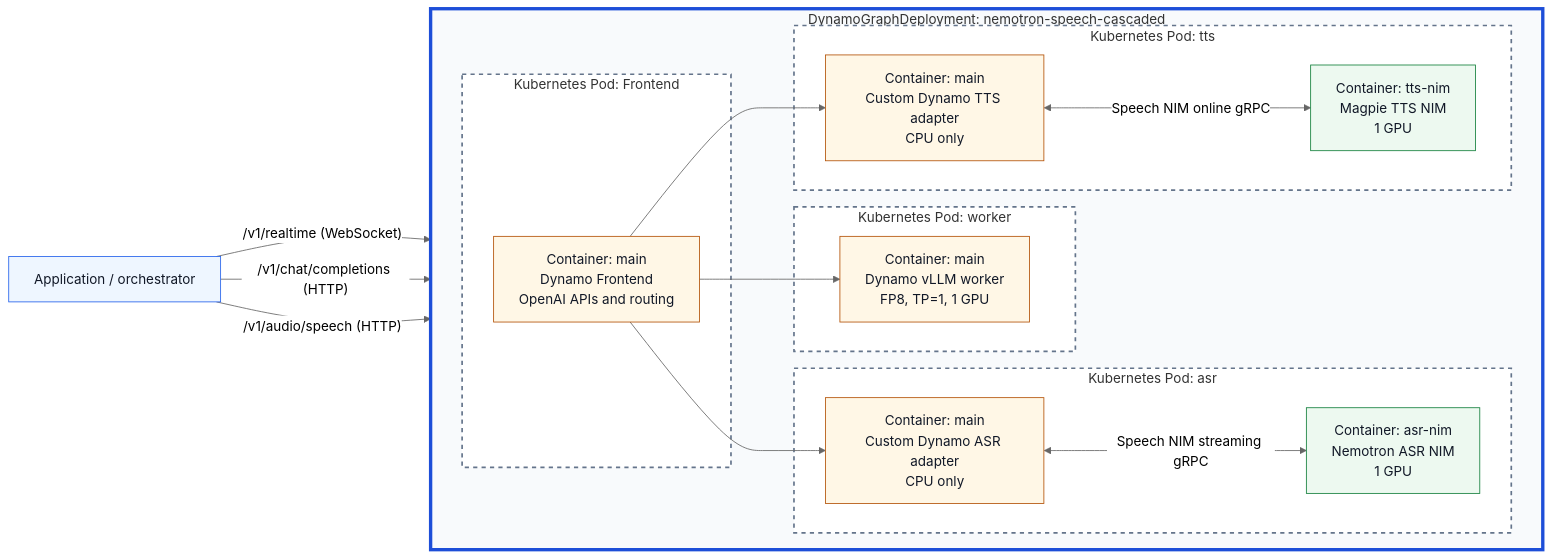
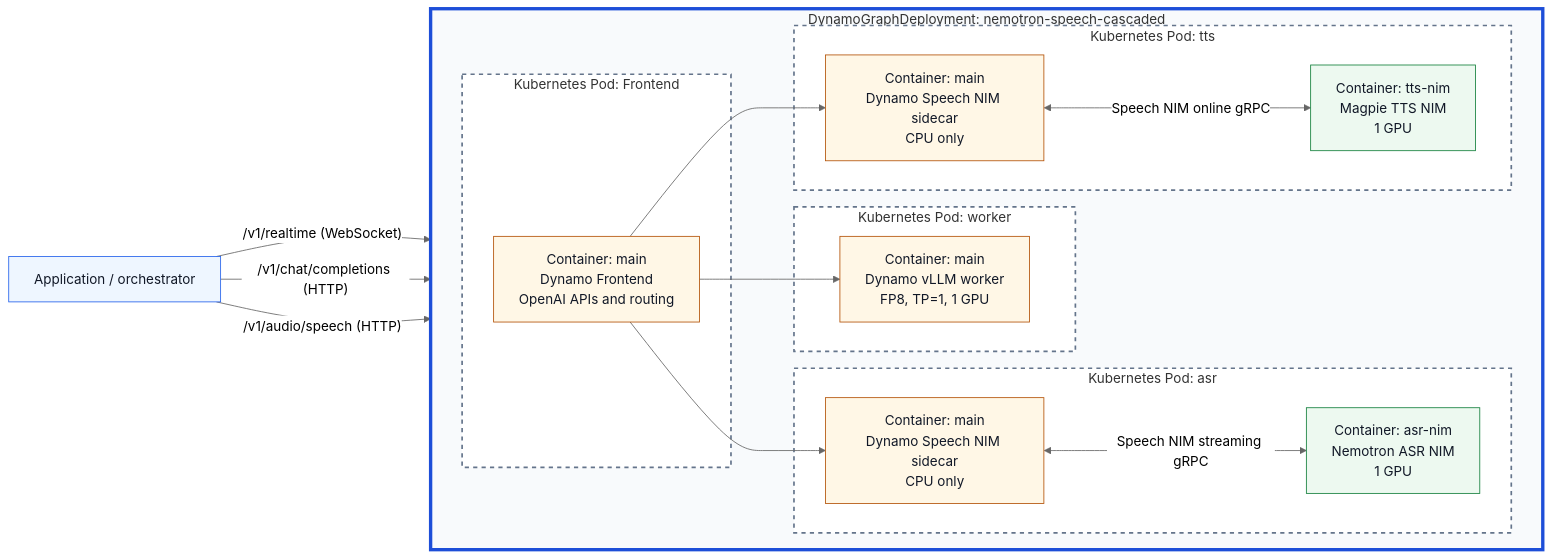
Before and after one commit to ai-dynamo/dynamo: the diagram in examples/nemotron_speech_cascaded_pipeline/README.md, drawn with Mermaid (neutral theme). The commit also changed other lines of this file and 29 other files, not shown here.

Commit message:
refactor(examples): use Speech NIM sidecar naming

````diff
--- a/examples/nemotron_speech_cascaded_pipeline/README.md
+++ b/examples/nemotron_speech_cascaded_pipeline/README.md
@@ -32,50 +34,50 @@
 ```mermaid
 flowchart LR
     Client["Application / orchestrator"]
 
     subgraph DGD["DynamoGraphDeployment: nemotron-speech-cascaded"]
         direction LR
 
         subgraph FrontendPod["Kubernetes Pod: Frontend"]
             Frontend["Container: main<br/>Dynamo Frontend<br/>OpenAI APIs and routing"]
         end
 
         subgraph ASRPod["Kubernetes Pod: asr"]
-            ASRWorker["Container: main<br/>Custom Dynamo ASR adapter<br/>CPU only"]
+            ASRSidecar["Container: main<br/>Dynamo Speech NIM sidecar<br/>CPU only"]
             ASR["Container: asr-nim<br/>Nemotron ASR NIM<br/>1 GPU"]
         end
 
         subgraph LLMPod["Kubernetes Pod: worker"]
             LLMWorker["Container: main<br/>Dynamo vLLM worker<br/>FP8, TP=1, 1 GPU"]
         end
 
         subgraph TTSPod["Kubernetes Pod: tts"]
-            TTSWorker["Container: main<br/>Custom Dynamo TTS adapter<br/>CPU only"]
+            TTSSidecar["Container: main<br/>Dynamo Speech NIM sidecar<br/>CPU only"]
             TTS["Container: tts-nim<br/>Magpie TTS NIM<br/>1 GPU"]
         end
     end
 
     Client -->|"/v1/realtime (WebSocket)"| Frontend
-    Frontend --> ASRWorker
-    ASRWorker <-->|"Speech NIM streaming gRPC"| ASR
+    Frontend --> ASRSidecar
+    ASRSidecar <-->|"Speech NIM streaming gRPC"| ASR
 
     Client -->|"/v1/chat/completions (HTTP)"| Frontend
     Frontend --> LLMWorker
 
     Client -->|"/v1/audio/speech (HTTP)"| Frontend
-    Frontend --> TTSWorker
-    TTSWorker <-->|"Speech NIM online gRPC"| TTS
+    Frontend --> TTSSidecar
+    TTSSidecar <-->|"Speech NIM online gRPC"| TTS
 
     classDef client fill:#eef6ff,stroke:#2563eb,color:#111827
     classDef dynamo fill:#fff7e6,stroke:#b45309,color:#111827
     classDef nim fill:#edf9f0,stroke:#15803d,color:#111827
     class Client client
-    class Frontend,ASRWorker,LLMWorker,TTSWorker dynamo
+    class Frontend,ASRSidecar,LLMWorker,TTSSidecar dynamo
     class ASR,TTS nim
 
     style DGD fill:#f8fafc,stroke:#1d4ed8,stroke-width:4px
     style FrontendPod fill:#ffffff,stroke:#64748b,stroke-width:2px,stroke-dasharray:5 5
     style ASRPod fill:#ffffff,stroke:#64748b,stroke-width:2px,stroke-dasharray:5 5
     style LLMPod fill:#ffffff,stroke:#64748b,stroke-width:2px,stroke-dasharray:5 5
     style TTSPod fill:#ffffff,stroke:#64748b,stroke-width:2px,stroke-dasharray:5 5
 ```
````
